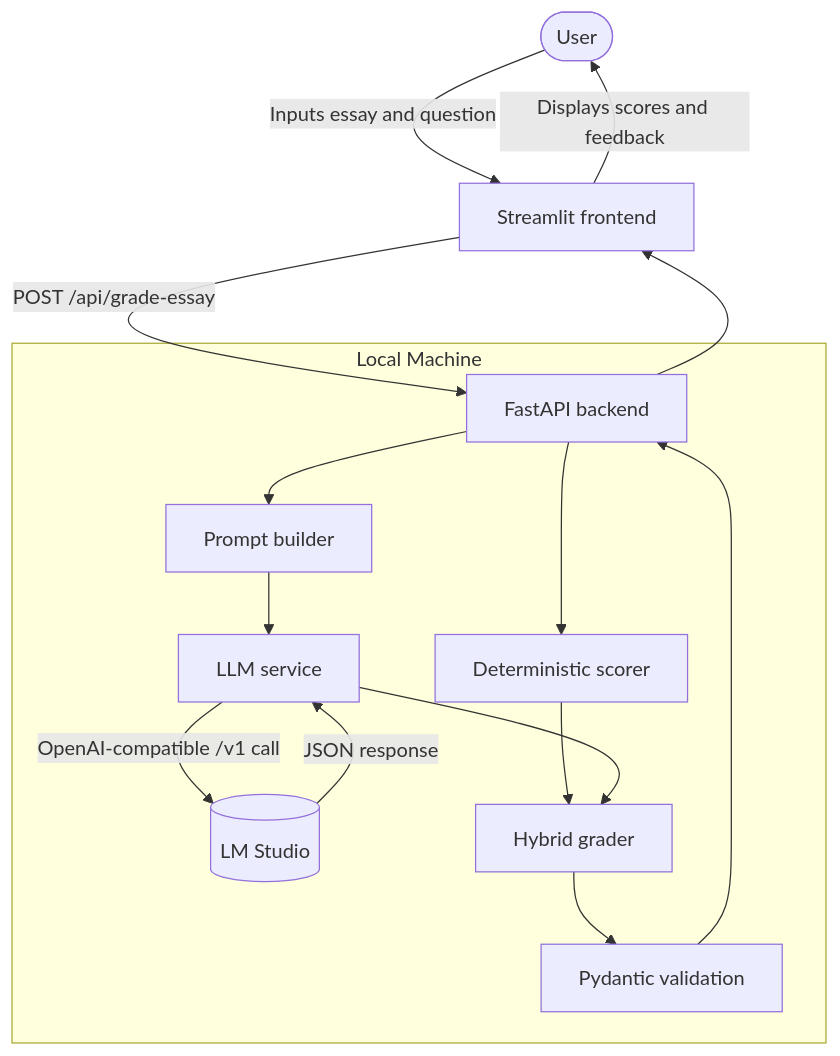
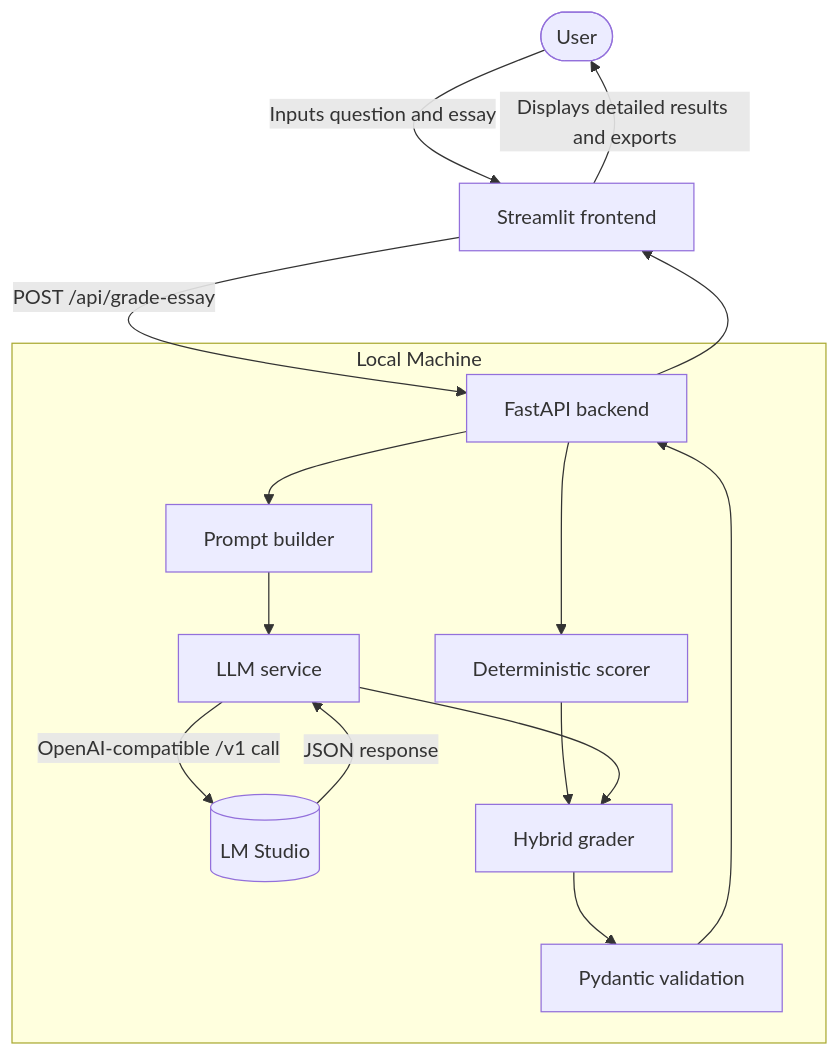
Before and after one commit to vuhung16au/essay-markings: the diagram in docs/architecture.md, drawn with Mermaid. The commit also changed other lines of this file and 9 other files, not shown here.

````diff
--- a/docs/architecture.md
+++ b/docs/architecture.md
@@ -20,20 +20,20 @@
 ```mermaid
 graph TD
-    User([User]) -->|Inputs essay and question| UI[Streamlit frontend]
+    User([User]) -->|Inputs question and essay| UI[Streamlit frontend]
     UI -->|POST /api/grade-essay| API[FastAPI backend]
 
     subgraph Local Machine
         API --> Deterministic[Deterministic scorer]
         API --> Prompt[Prompt builder]
         Prompt --> LLMService[LLM service]
         LLMService -->|OpenAI-compatible /v1 call| LMStudio[(LM Studio)]
         LMStudio -->|JSON response| LLMService
         Deterministic --> Hybrid[Hybrid grader]
         LLMService --> Hybrid
         Hybrid --> Validate[Pydantic validation]
     end
 
     Validate --> API
     API --> UI
-    UI -->|Displays scores and feedback| User
+    UI -->|Displays detailed results and exports| User
 ```
````
